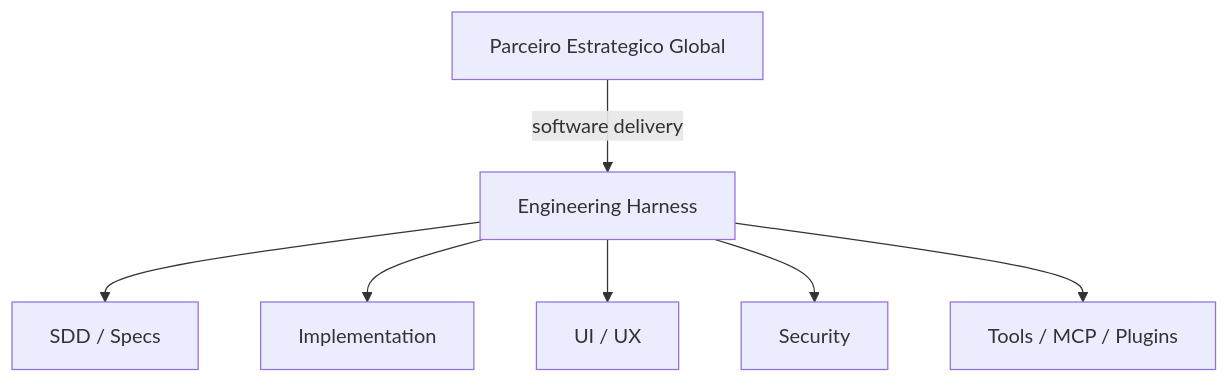
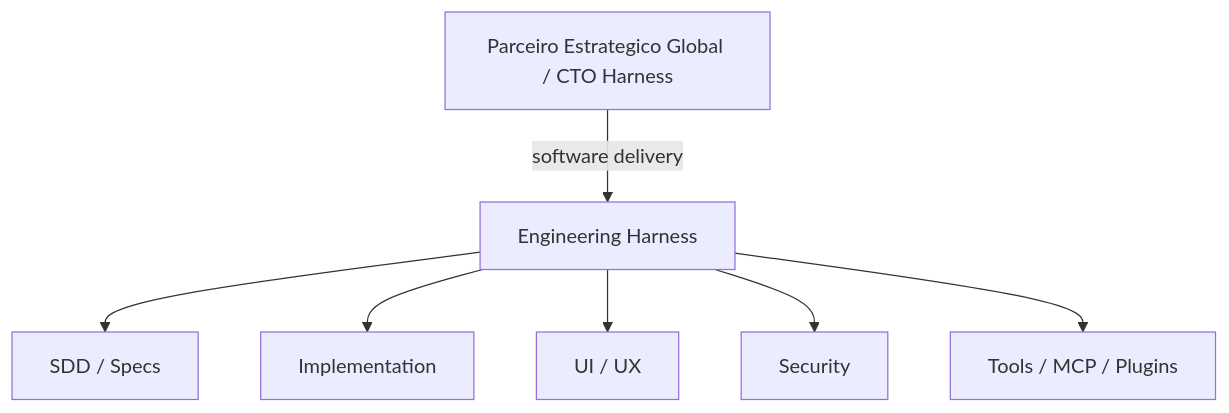
Before and after one commit to guilhermedemorais-dev/Dev-workflow: the diagram in README.md, drawn with Mermaid. The commit also changed other lines of this file and 18 other files, not shown here.

First line of the commit message:
refactor: align engineering harness practices

````diff
--- a/README.md
+++ b/README.md
@@ -100,9 +123,9 @@
 ```mermaid
 flowchart TD
-    A[Parceiro Estrategico Global] -->|software delivery| B[Engineering Harness]
+    A[Parceiro Estrategico Global / CTO Harness] -->|software delivery| B[Engineering Harness]
     B --> C[SDD / Specs]
     B --> D[Implementation]
     B --> E[UI / UX]
     B --> F[Security]
     B --> G[Tools / MCP / Plugins]
 ```
````
